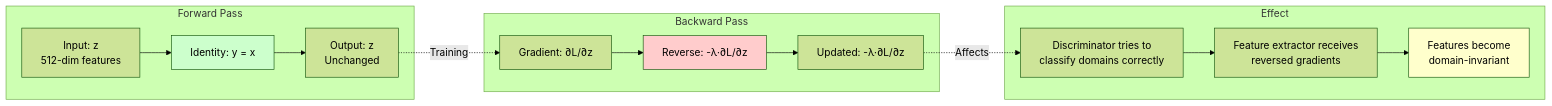
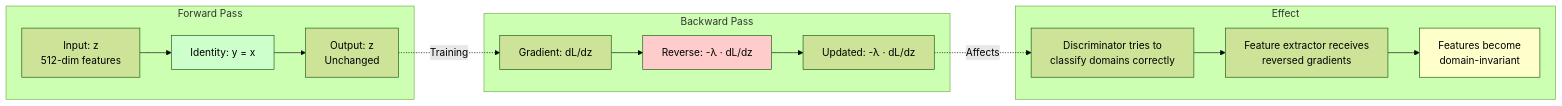
One commit to raktim-mondol/domain-adapt changed the diagram in diagrams/07_gradient_reversal.mmd. Above: the diagram before and after it, drawn with Mermaid (forest theme). The commit also changed 6 other files, not shown here.

First line of the commit message:
Fix Mermaid syntax errors for GitHub compatibility

```diff
--- a/diagrams/07_gradient_reversal.mmd
+++ b/diagrams/07_gradient_reversal.mmd
@@ -1,31 +1,31 @@
 graph LR
-    subgraph "Forward Pass"
+    subgraph ForwardPass["Forward Pass"]
         F_IN[Input: z<br/>512-dim features]
         F_IDEN[Identity: y = x]
         F_OUT[Output: z<br/>Unchanged]
         F_IN --> F_IDEN
         F_IDEN --> F_OUT
     end
 
-    subgraph "Backward Pass"
-        B_IN[Gradient: ∂L/∂z]
-        B_REV[Reverse: -λ·∂L/∂z]
-        B_OUT[Updated: -λ·∂L/∂z]
+    subgraph BackwardPass["Backward Pass"]
+        B_IN[Gradient: dL/dz]
+        B_REV[Reverse: -λ · dL/dz]
+        B_OUT[Updated: -λ · dL/dz]
         B_IN --> B_REV
         B_REV --> B_OUT
     end
 
-    subgraph "Effect"
+    subgraph Effect
         EFF1[Discriminator tries to<br/>classify domains correctly]
         EFF2[Feature extractor receives<br/>reversed gradients]
         EFF3[Features become<br/>domain-invariant]
         EFF1 --> EFF2
         EFF2 --> EFF3
     end
 
     F_OUT -.->|Training| B_IN
     B_OUT -.->|Affects| EFF1
 
     style F_IDEN fill:#ccffcc
     style B_REV fill:#ffcccc
     style EFF3 fill:#ffffcc
```
